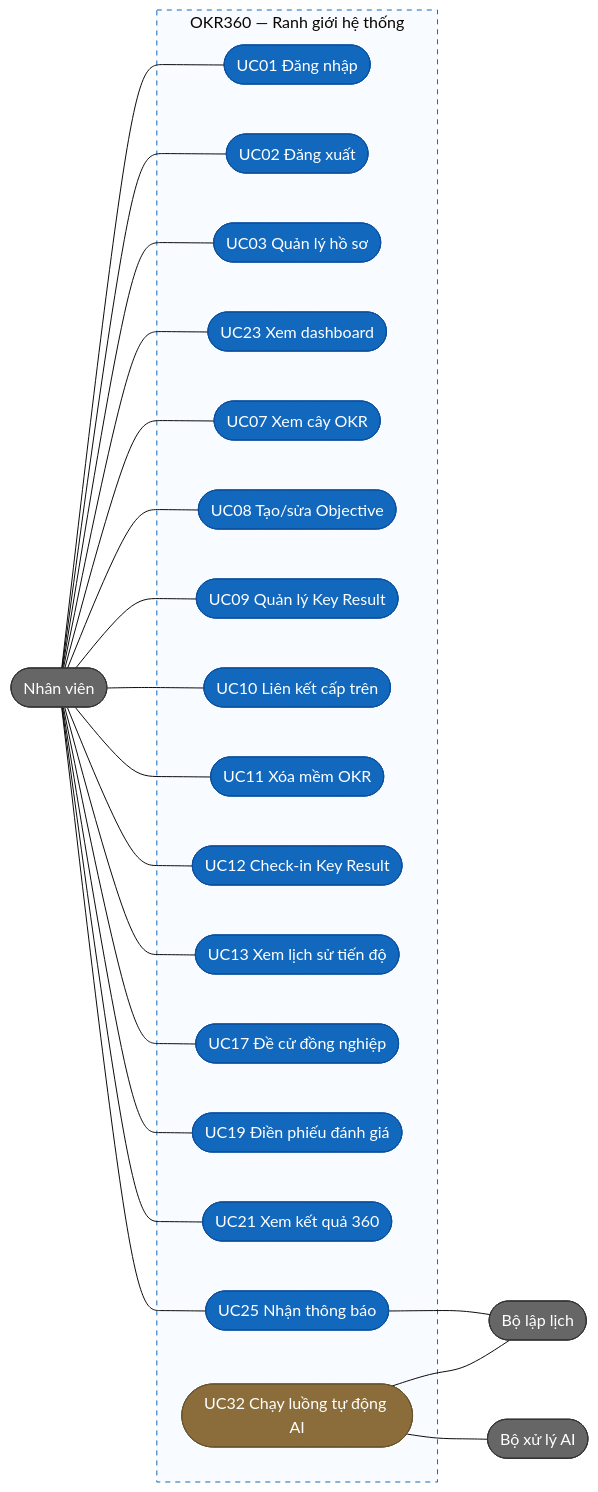
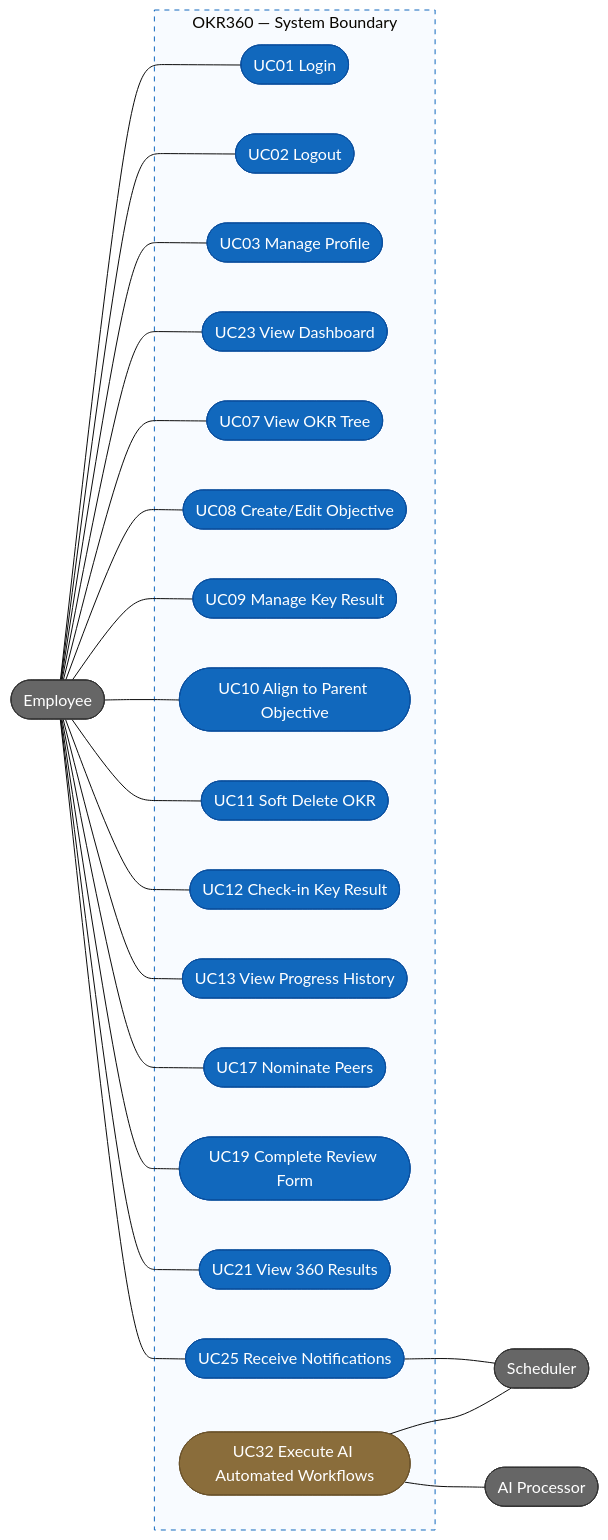
One commit to Akaza-ban/OCK-360 changed the second of 4 diagrams in docs/03-use-cases.md. Above: the diagram before and after it, drawn with Mermaid (base theme). The commit also changed other lines of this file and 24 other files, not shown here.

````diff
--- a/docs/03-use-cases.md
+++ b/docs/03-use-cases.md
@@ -93,38 +93,38 @@
 ```mermaid
 flowchart LR
-    employee(["Nhân viên"])
+    employee(["Employee"])
 
-    subgraph system["OKR360 — Ranh giới hệ thống"]
-        uc01(["UC01 Đăng nhập"])
-        uc02(["UC02 Đăng xuất"])
-        uc03(["UC03 Quản lý hồ sơ"])
-        uc23(["UC23 Xem dashboard"])
-        uc07(["UC07 Xem cây OKR"])
-        uc08(["UC08 Tạo/sửa Objective"])
-        uc09(["UC09 Quản lý Key Result"])
-        uc10(["UC10 Liên kết cấp trên"])
-        uc11(["UC11 Xóa mềm OKR"])
+    subgraph system["OKR360 — System Boundary"]
+        uc01(["UC01 Login"])
+        uc02(["UC02 Logout"])
+        uc03(["UC03 Manage Profile"])
+        uc23(["UC23 View Dashboard"])
+        uc07(["UC07 View OKR Tree"])
+        uc08(["UC08 Create/Edit Objective"])
+        uc09(["UC09 Manage Key Result"])
+        uc10(["UC10 Align to Parent Objective"])
+        uc11(["UC11 Soft Delete OKR"])
         uc12(["UC12 Check-in Key Result"])
-        uc13(["UC13 Xem lịch sử tiến độ"])
-        uc17(["UC17 Đề cử đồng nghiệp"])
-        uc19(["UC19 Điền phiếu đánh giá"])
-        uc21(["UC21 Xem kết quả 360"])
-        uc25(["UC25 Nhận thông báo"])
-        uc32(["UC32 Chạy luồng tự động AI"])
+        uc13(["UC13 View Progress History"])
+        uc17(["UC17 Nominate Peers"])
+        uc19(["UC19 Complete Review Form"])
+        uc21(["UC21 View 360 Results"])
+        uc25(["UC25 Receive Notifications"])
+        uc32(["UC32 Execute AI Automated Workflows"])
     end
 
-    scheduler(["Bộ lập lịch"])
-    aiworker(["Bộ xử lý AI"])
+    scheduler(["Scheduler"])
+    aiworker(["AI Processor"])
 
     employee --- uc01 & uc02 & uc03 & uc23 & uc07 & uc08 & uc09 & uc10 & uc11 & uc12 & uc13 & uc17 & uc19 & uc21 & uc25
     uc25 & uc32 --- scheduler
     uc32 --- aiworker
 
     classDef actor fill:#666,color:#fff,stroke:#333
     classDef common fill:#1168bd,color:#fff,stroke:#0b4f9e
     classDef ai fill:#8a6d3b,color:#fff,stroke:#6b532c
     class employee,scheduler,aiworker actor
     class uc01,uc02,uc03,uc23,uc07,uc08,uc09,uc10,uc11,uc12,uc13,uc17,uc19,uc21,uc25 common
     class uc32 ai
     style system fill:#f8fbff,stroke:#1168bd,stroke-dasharray:5 5
 ```
````
